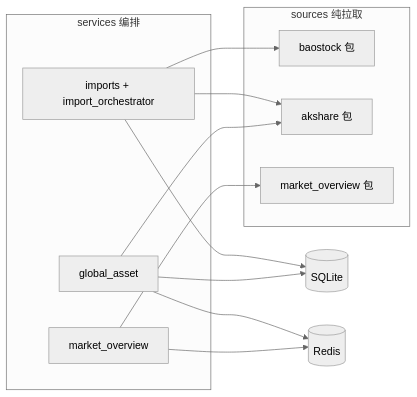
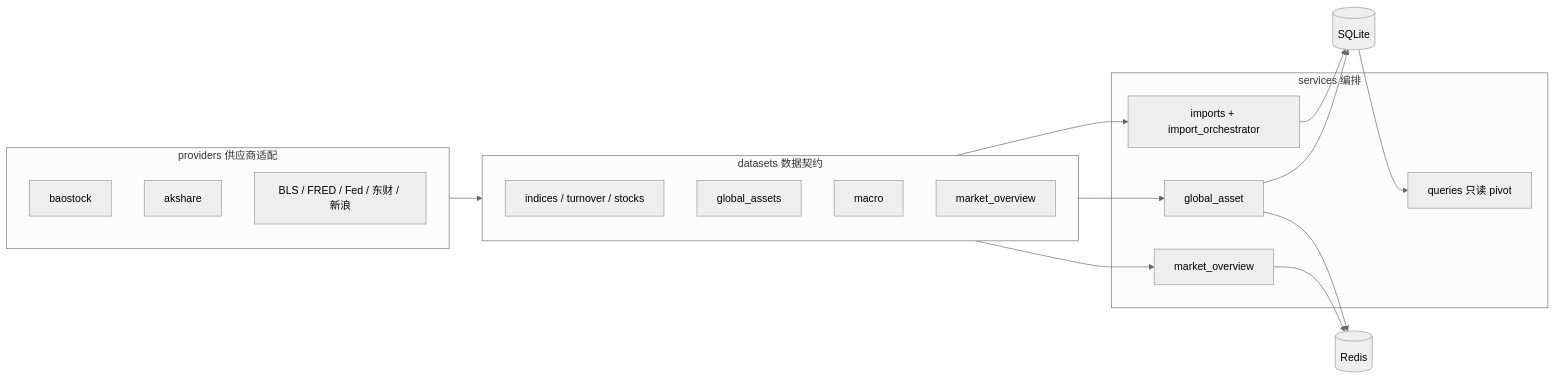
Before and after one commit to gunerguner/Astock: the first of 9 diagrams in .agents/skills/astock/references/external-data.md, drawn with Mermaid (neutral theme). The commit also changed other lines of this file and 88 other files, not shown here.

Commit message:
feat: enhance data handling with new datasets and macro data integration

````diff
--- a/.agents/skills/astock/references/external-data.md
+++ b/.agents/skills/astock/references/external-data.md
@@ -48,21 +51,29 @@
 ```mermaid
 flowchart LR
-  subgraph sources [sources 纯拉取]
-    bao[baostock 包]
-    ak[akshare 包]
-    mo[market_overview 包]
+  subgraph providers [providers 供应商适配]
+    bao[baostock]
+    ak[akshare]
+    http[BLS / FRED / Fed / 东财 / 新浪]
+  end
+  subgraph datasets [datasets 数据契约]
+    idx[indices / turnover / stocks]
+    ga[global_assets]
+    macro[macro]
+    mo[market_overview]
   end
   subgraph services [services 编排]
     imp[imports + import_orchestrator]
+    qry[queries 只读 pivot]
     gas[global_asset]
     mos[market_overview]
   end
-  imp --> bao
-  imp --> ak
-  gas --> ak
-  mos --> mo
+  providers --> datasets
+  datasets --> imp
+  datasets --> gas
+  datasets --> mos
   imp --> SQLite[(SQLite)]
+  SQLite --> qry
   gas --> SQLite
   gas --> Redis[(Redis)]
   mos --> Redis
 ```
````
